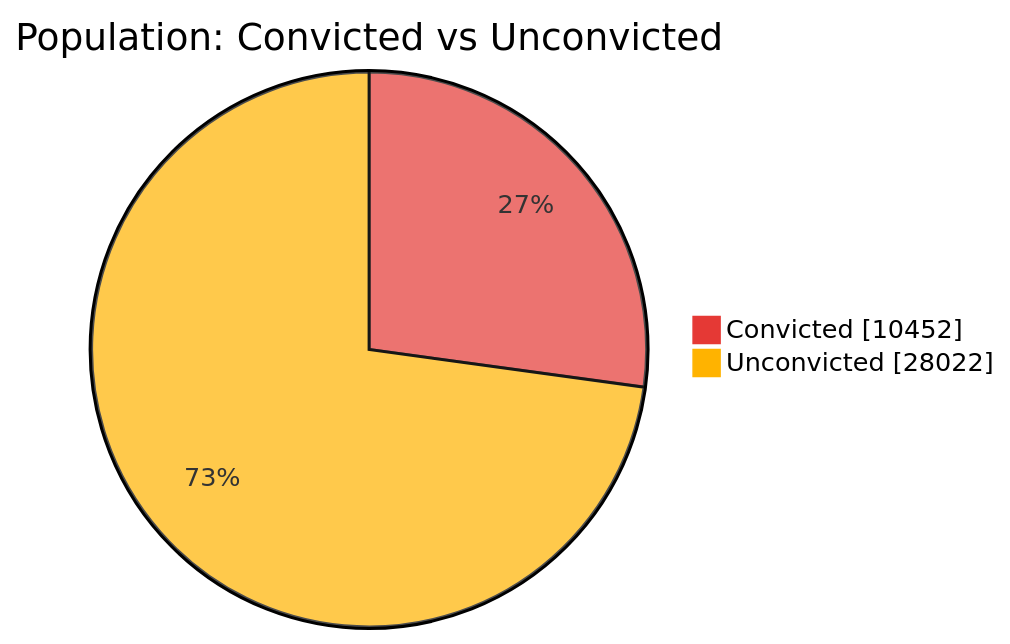
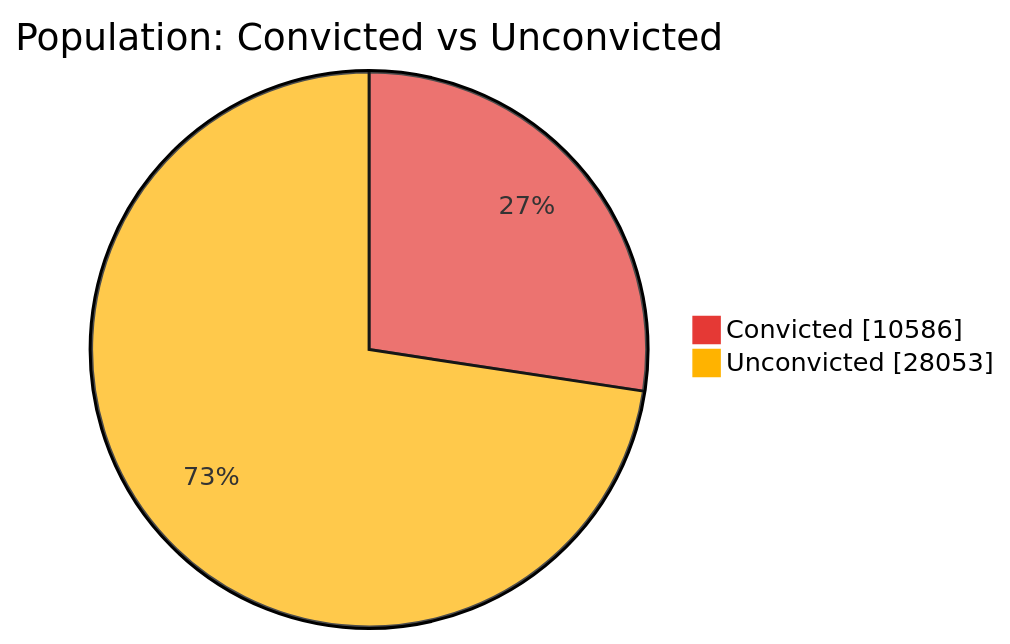
The first of 7 diagrams in README.md (nuuuwan/lk_prisons), drawn with Mermaid before and after one commit. The commit also changed other lines of this file and 1 other file, not shown here.

````diff
--- a/README.md
+++ b/README.md
@@ -43,6 +43,6 @@
 ```mermaid
 %%{init: {'themeVariables': {'pie1': '#E53935', 'pie2': '#FFB300'}}}%%
 pie showData title Population: Convicted vs Unconvicted
-    "Convicted" : 10452
-    "Unconvicted" : 28022
+    "Convicted" : 10586
+    "Unconvicted" : 28053
 ```
````
